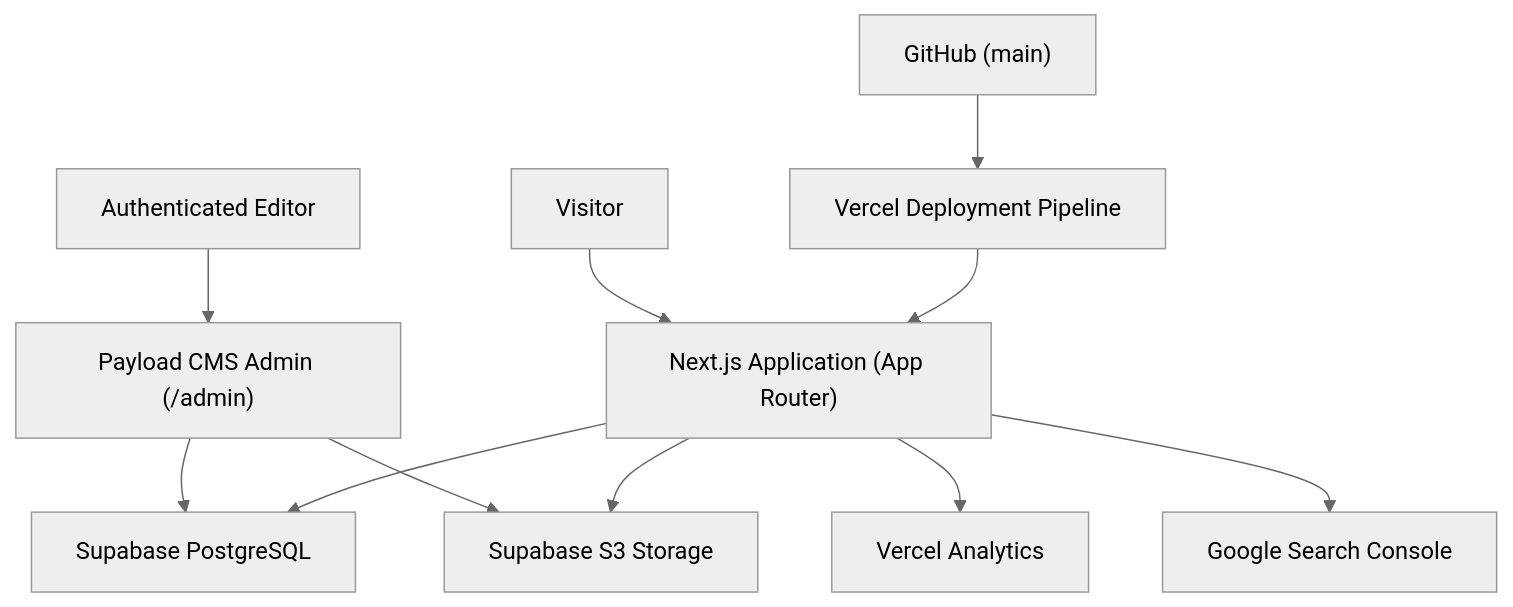
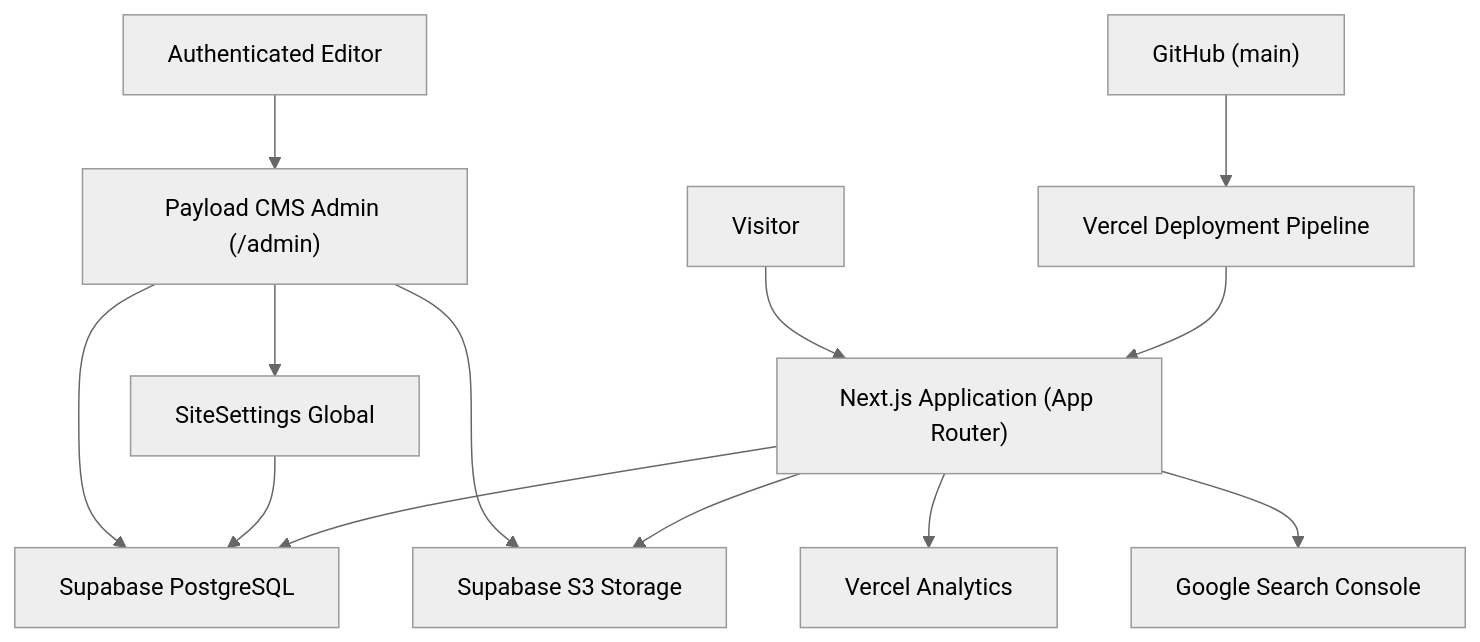
One commit to xvonpat/patrik-von-porat-portfolio changed the first of 2 diagrams in docs/ai/TECHNICAL_SYSTEM.md. Above: the diagram before and after it, drawn with Mermaid (neutral theme). The commit also changed other lines of this file and 5 other files, not shown here.

Commit message:
docs: update architectural documentation, design system, and decision logs

````diff
--- a/docs/ai/TECHNICAL_SYSTEM.md
+++ b/docs/ai/TECHNICAL_SYSTEM.md
@@ -31,13 +32,15 @@
 ```mermaid
 flowchart TD
     U["Visitor"] --> W["Next.js Application (App Router)"]
     A["Authenticated Editor"] --> P["Payload CMS Admin (/admin)"]
     P --> DB["Supabase PostgreSQL"]
     P --> MS["Supabase S3 Storage"]
+    P --> S["SiteSettings Global"]
+    S --> DB
     W --> DB
     W --> MS
     GH["GitHub (main)"] --> VC["Vercel Deployment Pipeline"]
     VC --> W
     W --> VA["Vercel Analytics"]
     W --> SC["Google Search Console"]
 ```
````
